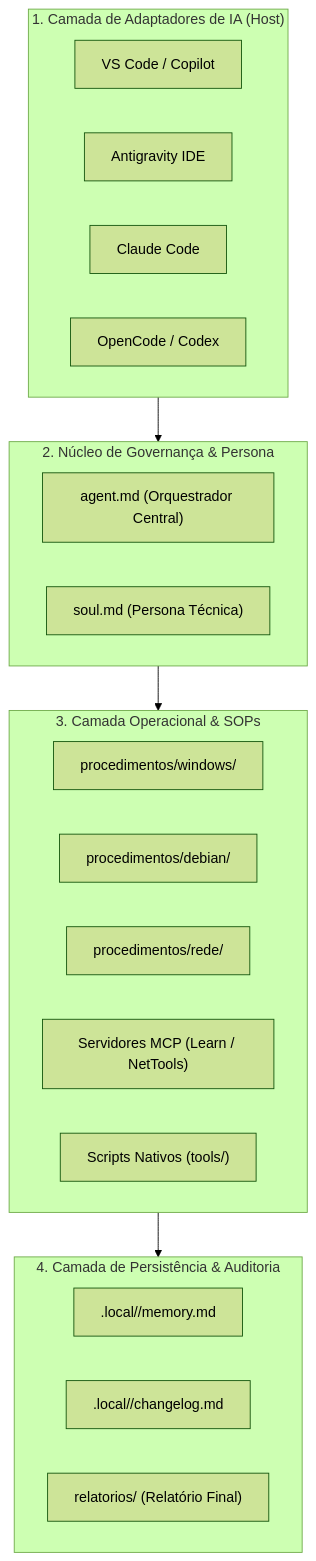
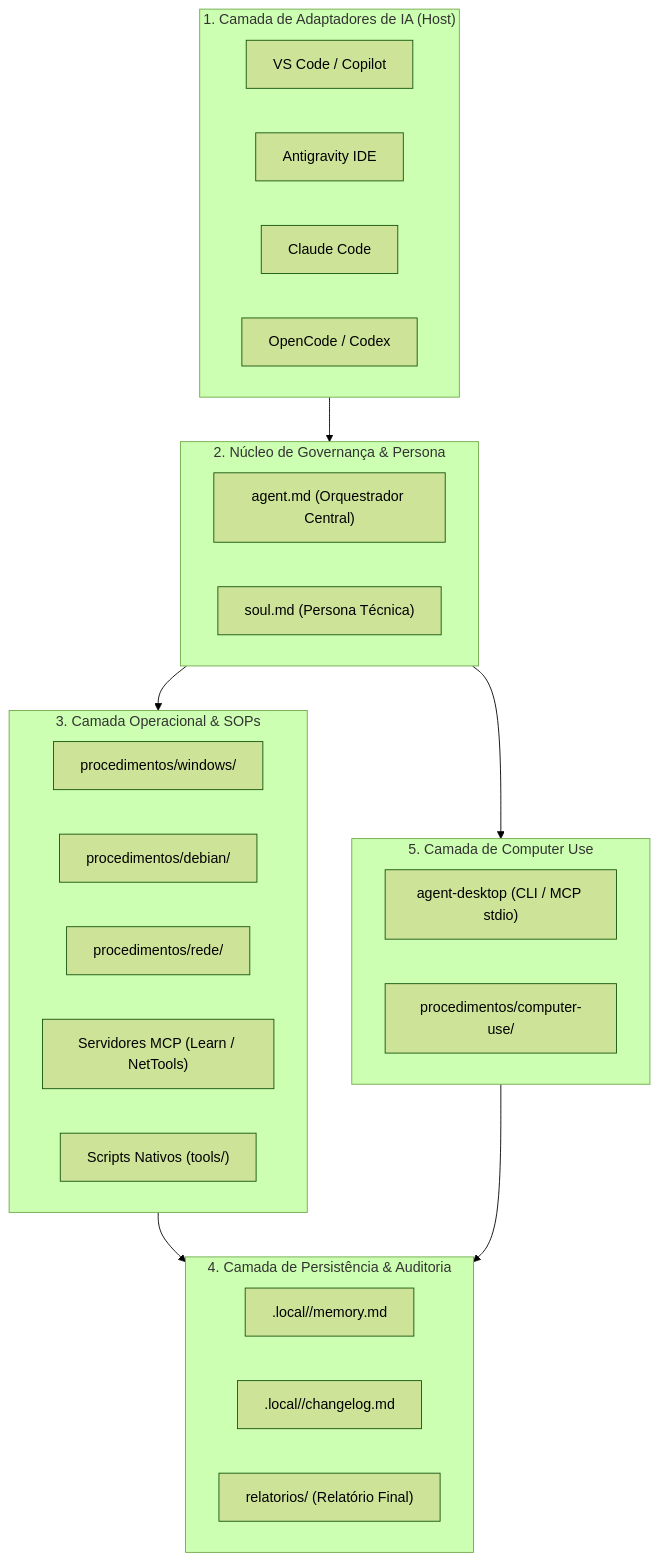
Before and after one commit to gabrielsubtil/Brazilian-Computer-Guy: the diagram in docs/architecture.md, drawn with Mermaid (forest theme). The commit also changed other lines of this file and 31 other files, not shown here.

````diff
--- a/docs/architecture.md
+++ b/docs/architecture.md
@@ -11,32 +11,39 @@
 ```mermaid
 flowchart TB
     subgraph Camada1["1. Camada de Adaptadores de IA (Host)"]
         VS["VS Code / Copilot"]
         AG["Antigravity IDE"]
         CC["Claude Code"]
         OP["OpenCode / Codex"]
     end
 
     subgraph Camada2["2. Núcleo de Governança & Persona"]
         AGM["agent.md (Orquestrador Central)"]
         SOUL["soul.md (Persona Técnica)"]
     end
 
     subgraph Camada3["3. Camada Operacional & SOPs"]
         SOP_WIN["procedimentos/windows/"]
         SOP_DEB["procedimentos/debian/"]
         SOP_NET["procedimentos/rede/"]
         MCP["Servidores MCP (Learn / NetTools)"]
         TOOLS["Scripts Nativos (tools/)"]
     end
 
     subgraph Camada4["4. Camada de Persistência & Auditoria"]
         MEM[".local/<maquina>/memory.md"]
         CHG[".local/<maquina>/changelog.md"]
         REP["relatorios/ (Relatório Final)"]
     end
 
+    subgraph Camada5["5. Camada de Computer Use"]
+        GUI["agent-desktop (CLI / MCP stdio)"]
+        SOP_GUI["procedimentos/computer-use/"]
+    end
+
     Camada1 --> Camada2
     Camada2 --> Camada3
+    Camada2 --> Camada5
     Camada3 --> Camada4
+    Camada5 --> Camada4
 ```
````
